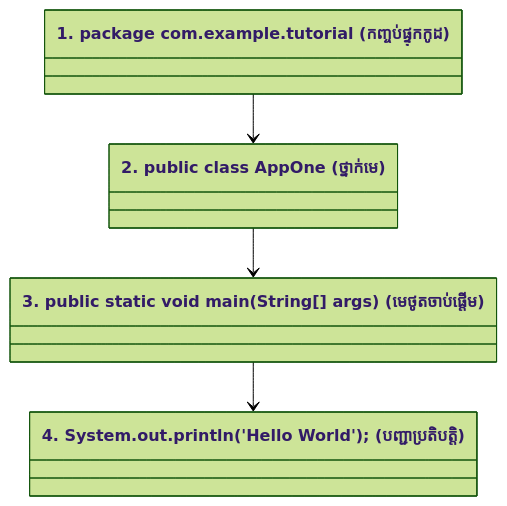
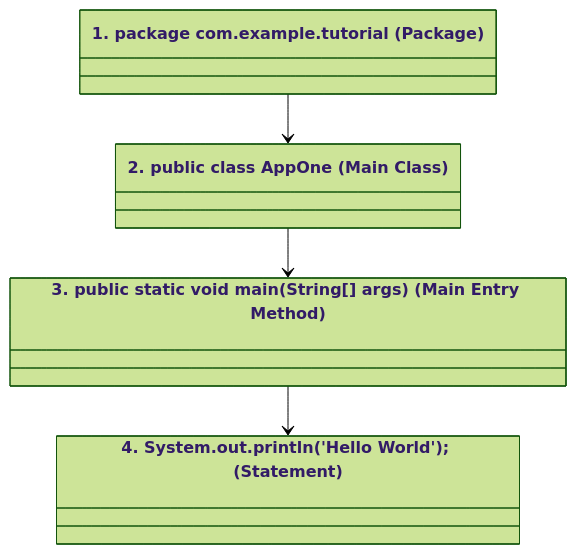
Before and after one commit to sakousa856-sketch/java-spring-for-developers-khmer: the diagram in 01-basic-java/05-java-program-structure/README.md, drawn with Mermaid (forest theme). The commit also changed other lines of this file and 290 other files, not shown here.

````diff
--- a/01-basic-java/05-java-program-structure/README.md
+++ b/01-basic-java/05-java-program-structure/README.md
@@ -25,11 +25,12 @@
 ```mermaid
 classDiagram
-    class Package["1. package com.example.tutorial (កញ្ចប់ផ្ទុកកូដ)"]
-    class AppOne["2. public class AppOne (ថ្នាក់មេ)"]
-    class MainMethod["3. public static void main(String[] args) (មេថូតចាប់ផ្តើម)"]
-    class Statement["4. System.out.println('Hello World'); (បញ្ជាប្រតិបត្តិ)"]
+    class Package["1. package com.example.tutorial (Package)"]
+    class AppOne["2. public class AppOne (Main Class)"]
+    class MainMethod["3. public static void main(String[] args) (Main Entry Method)"]
+    class Statement["4. System.out.println('Hello World'); (Statement)"]
     
     Package --> AppOne
     AppOne --> MainMethod
     MainMethod --> Statement
+
 ```
````
